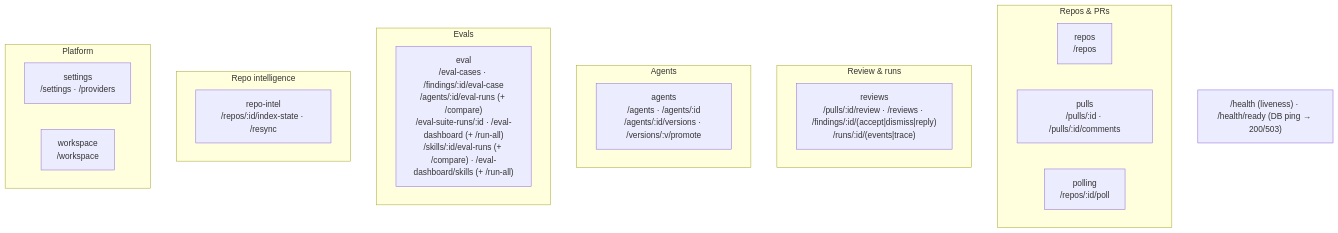
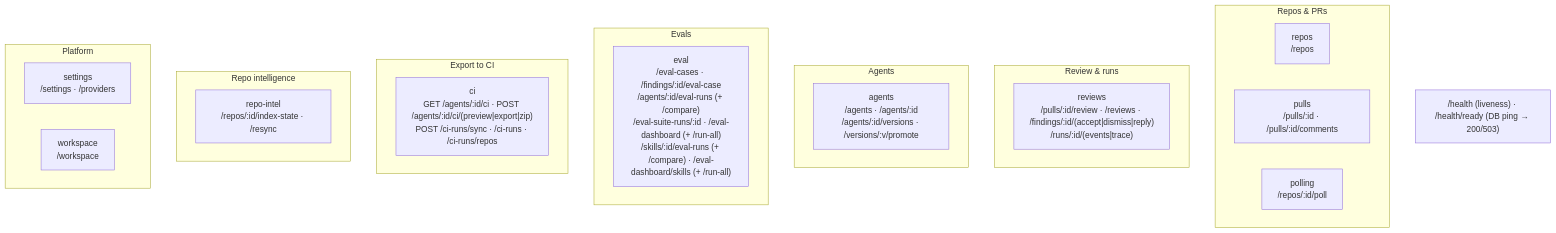
The second of 3 diagrams in server/README.md (KateySt/dev-digest), drawn with Mermaid before and after one commit. The commit also changed other lines of this file and 160 other files, not shown here.

````diff
--- a/server/README.md
+++ b/server/README.md
@@ -64,25 +64,28 @@
 ```mermaid
 flowchart TB
   subgraph Repos_PRs["Repos & PRs"]
     repos["repos<br/>/repos"]
     pulls["pulls<br/>/pulls/:id · /pulls/:id/comments"]
     polling["polling<br/>/repos/:id/poll"]
   end
   subgraph Review["Review & runs"]
     reviews["reviews<br/>/pulls/:id/review · /reviews · /findings/:id/(accept|dismiss|reply)<br/>/runs/:id/(events|trace)"]
   end
   subgraph Agents["Agents"]
     agents["agents<br/>/agents · /agents/:id<br/>/agents/:id/versions · /versions/:v/promote"]
   end
   subgraph Evals["Evals"]
     evalMod["eval<br/>/eval-cases · /findings/:id/eval-case<br/>/agents/:id/eval-runs (+ /compare)<br/>/eval-suite-runs/:id · /eval-dashboard (+ /run-all)<br/>/skills/:id/eval-runs (+ /compare) · /eval-dashboard/skills (+ /run-all)"]
   end
+  subgraph CI["Export to CI"]
+    ciMod["ci<br/>GET /agents/:id/ci · POST /agents/:id/ci/(preview|export|zip)<br/>POST /ci-runs/sync · /ci-runs · /ci-runs/repos"]
+  end
   subgraph Intel["Repo intelligence"]
     repoIntel["repo-intel<br/>/repos/:id/index-state · /resync"]
   end
   subgraph Platform["Platform"]
     settings["settings<br/>/settings · /providers"]
     workspace["workspace<br/>/workspace"]
   end
   HEALTH["/health (liveness) · /health/ready (DB ping → 200/503)"]
 ```
````
